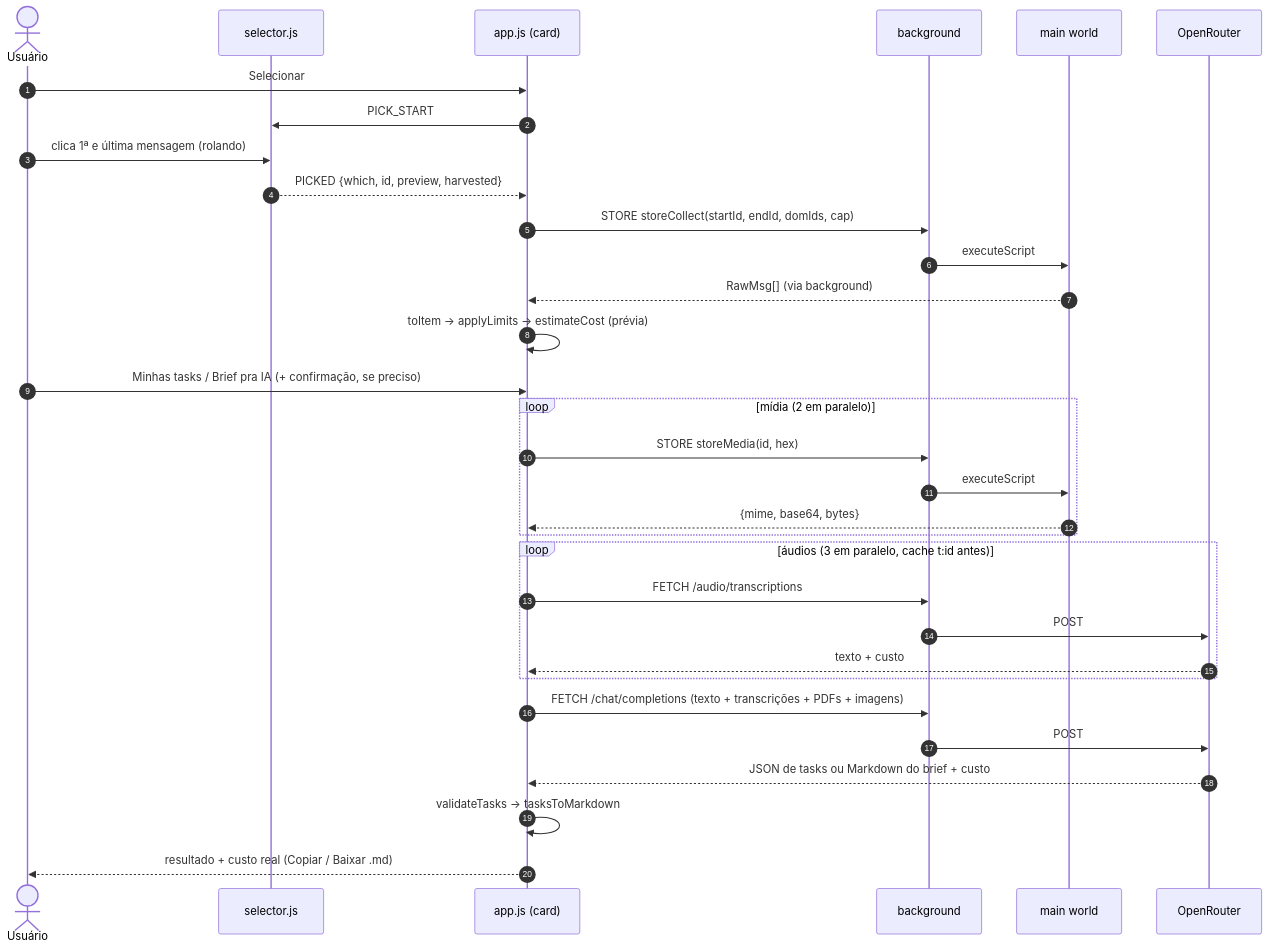
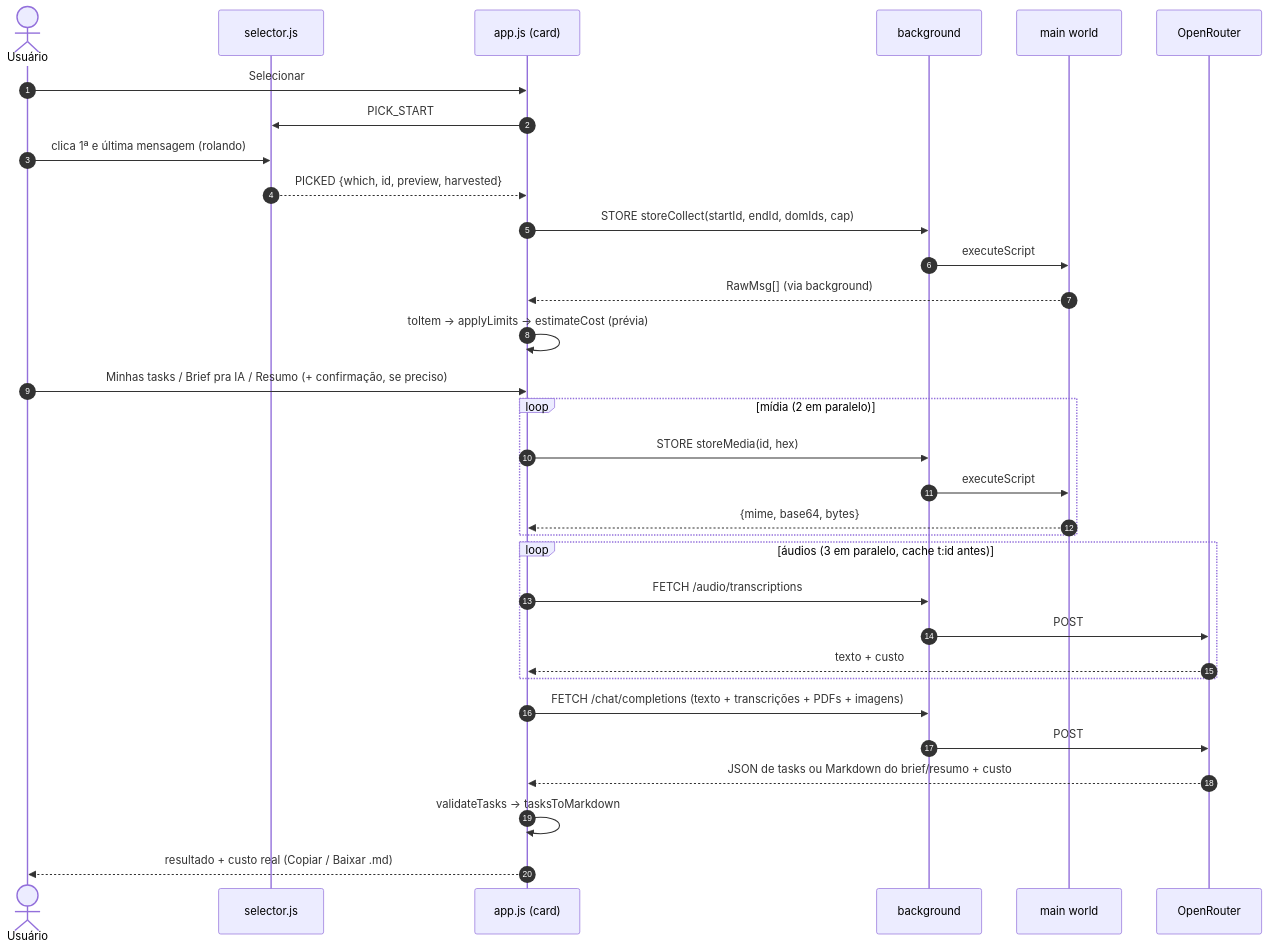
Before and after one commit to ArthurMalucelli/whattasks: the second of 2 diagrams in docs/ARCHITECTURE.md, drawn with Mermaid. The commit also changed other lines of this file and 11 other files, not shown here.

````diff
--- a/docs/ARCHITECTURE.md
+++ b/docs/ARCHITECTURE.md
@@ -75,35 +75,35 @@
 ```mermaid
 sequenceDiagram
   autonumber
   actor U as Usuário
   participant S as selector.js
   participant C as app.js (card)
   participant B as background
   participant M as main world
   participant O as OpenRouter
 
   U->>C: Selecionar
   C->>S: PICK_START
   U->>S: clica 1ª e última mensagem (rolando)
   S-->>C: PICKED {which, id, preview, harvested}
   C->>B: STORE storeCollect(startId, endId, domIds, cap)
   B->>M: executeScript
   M-->>C: RawMsg[] (via background)
   C->>C: toItem → applyLimits → estimateCost (prévia)
-  U->>C: Minhas tasks / Brief pra IA (+ confirmação, se preciso)
+  U->>C: Minhas tasks / Brief pra IA / Resumo (+ confirmação, se preciso)
   loop mídia (2 em paralelo)
     C->>B: STORE storeMedia(id, hex)
     B->>M: executeScript
     M-->>C: {mime, base64, bytes}
   end
   loop áudios (3 em paralelo, cache t:id antes)
     C->>B: FETCH /audio/transcriptions
     B->>O: POST
     O-->>C: texto + custo
   end
   C->>B: FETCH /chat/completions (texto + transcrições + PDFs + imagens)
   B->>O: POST
-  O-->>C: JSON de tasks ou Markdown do brief + custo
+  O-->>C: JSON de tasks ou Markdown do brief/resumo + custo
   C->>C: validateTasks → tasksToMarkdown
   C-->>U: resultado + custo real (Copiar / Baixar .md)
 ```
````
